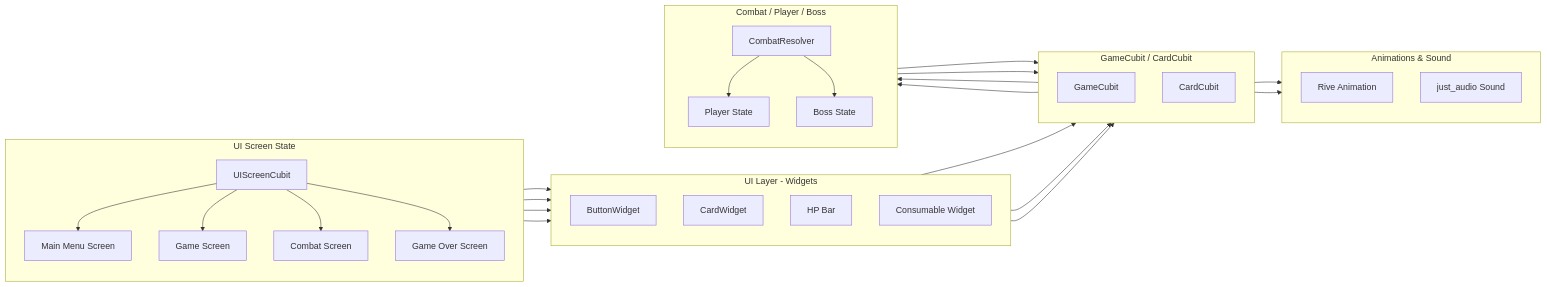
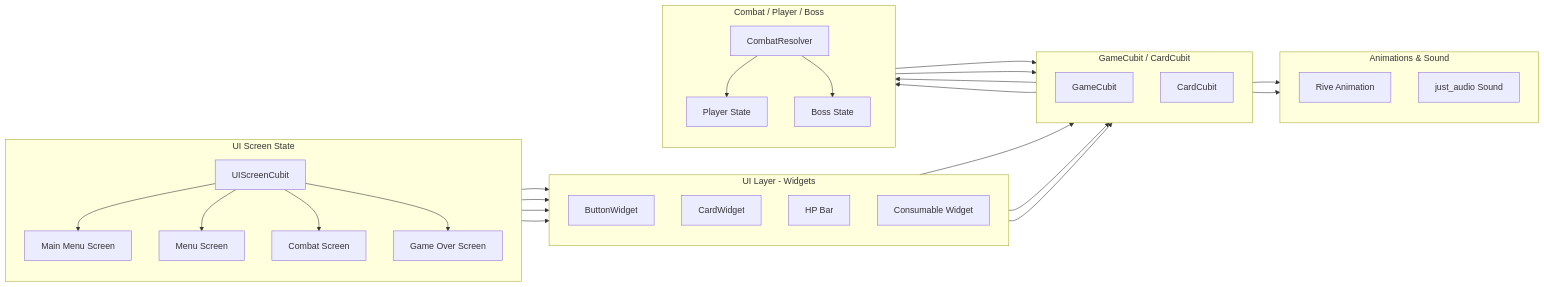
Before and after one commit to t1ww/camt-terminator: the diagram in md/sa_diagram.md, drawn with Mermaid. The commit also changed 21 other files, not shown here.

````diff
--- a/md/sa_diagram.md
+++ b/md/sa_diagram.md
@@ -9,70 +9,70 @@
 ```mermaid
 
 flowchart LR
     %% UI Screen State
     subgraph Screen[UI Screen State]
         direction TB
         ScreenCubit[UIScreenCubit]
         MainMenu[Main Menu Screen]
-        GameScreen[Game Screen]
+        MenuScreen[Menu Screen]
         CombatScreen[Combat Screen]
         GameOverScreen[Game Over Screen]
     end
 
     %% UI Layer - Widgets
     subgraph UI[UI Layer - Widgets]
         direction TB
         ButtonWidget[ButtonWidget]
         CardWidget[CardWidget]
         HPBar[HP Bar]
         ConsumableWidget[Consumable Widget]
     end
 
     %% State Management
     subgraph Cubit[GameCubit / CardCubit]
         direction TB
         GC[GameCubit]
         CC[CardCubit]
     end
 
     %% Domain / Logic
     subgraph Logic[Combat / Player / Boss]
         direction TB
         Combat[CombatResolver]
         Player[Player State]
         Boss[Boss State]
     end
 
     %% Effects
     subgraph Effects[Animations & Sound]
         direction TB
         Rive[Rive Animation]
         Audio[just_audio Sound]
     end
 
     %% Connections
     ScreenCubit --> MainMenu
-    ScreenCubit --> GameScreen
+    ScreenCubit --> MenuScreen
     ScreenCubit --> CombatScreen
     ScreenCubit --> GameOverScreen
 
     MainMenu --> ButtonWidget
-    GameScreen --> UI
+    MenuScreen --> UI
     CombatScreen --> UI
     GameOverScreen --> UI
 
     CardWidget --> GC
     HPBar --> GC
     ConsumableWidget --> GC
 
     CC --> Combat
     GC --> Combat
     Combat --> Player
     Combat --> Boss
     Player --> GC
     Boss --> GC
 
     CC --> Effects
     GC --> Effects
     
 ```
````
